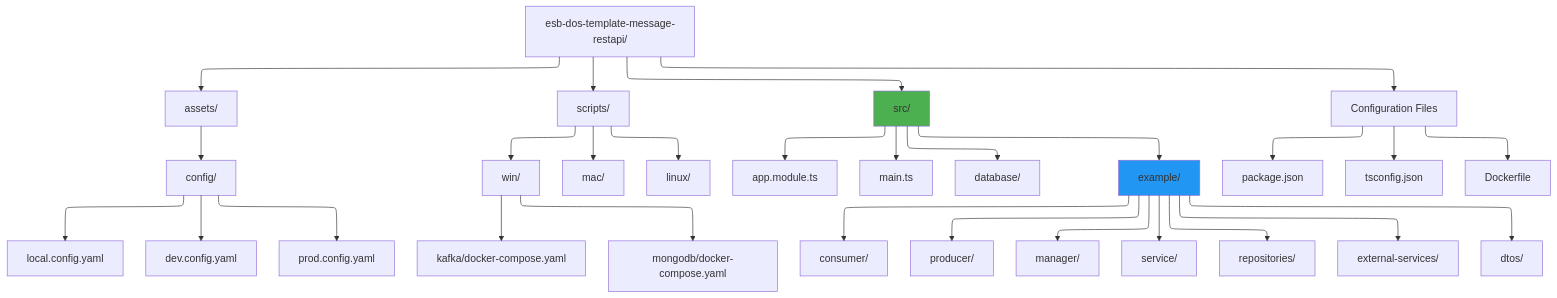
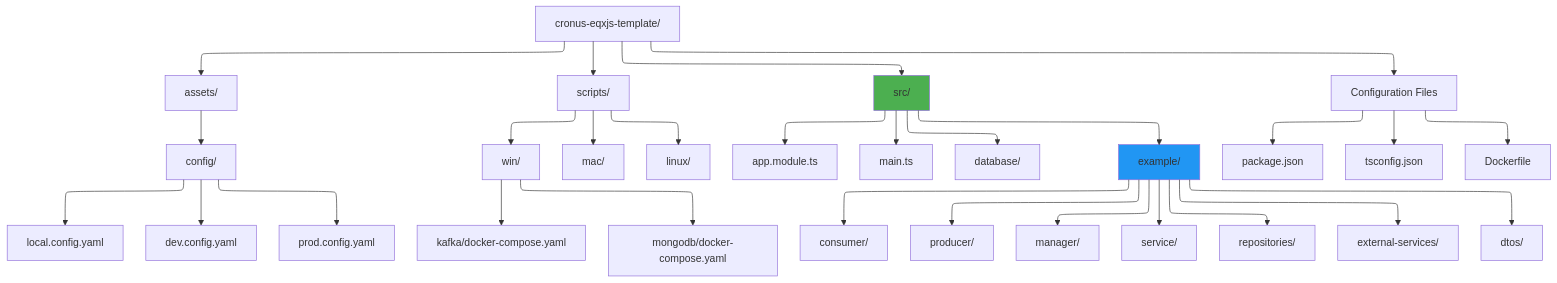
One commit to aretit2533/cronus-course-document changed the first of 3 diagrams in eqxjs-template/module-02-getting-started.md. Above: the diagram before and after it, drawn with Mermaid. The commit also changed other lines of this file and 1 other file, not shown here.

````diff
--- a/eqxjs-template/module-02-getting-started.md
+++ b/eqxjs-template/module-02-getting-started.md
@@ -168,18 +169,18 @@
 ```mermaid
 ---
 config:
   layout: elk
 ---
 flowchart TB
-    ROOT["esb-dos-template-message-restapi/"] --> ASSETS["assets/"] & SCRIPTS["scripts/"] & SRC["src/"] & CONFIG["Configuration Files"]
+    ROOT["cronus-eqxjs-template/"] --> ASSETS["assets/"] & SCRIPTS["scripts/"] & SRC["src/"] & CONFIG["Configuration Files"]
     ASSETS --> ASCONFIG["config/"]
     ASCONFIG --> LOCAL["local.config.yaml"] & DEV["dev.config.yaml"] & PROD["prod.config.yaml"]
     SCRIPTS --> WIN["win/"] & MAC["mac/"] & LINUX["linux/"]
     WIN --> KAFKA_WIN["kafka/docker-compose.yaml"] & MONGO_WIN["mongodb/docker-compose.yaml"]
     SRC --> APP["app.module.ts"] & MAIN["main.ts"] & DATABASE["database/"] & EXAMPLE["example/"]
     EXAMPLE --> CONSUMER["consumer/"] & PRODUCER["producer/"] & MANAGER["manager/"] & SERVICE["service/"] & REPO["repositories/"] & EXTERNAL["external-services/"] & DTOS["dtos/"]
     CONFIG --> PKG["package.json"] & TS["tsconfig.json"] & DOCKER["Dockerfile"]
 
     style SRC fill:#4CAF50
     style EXAMPLE fill:#2196F3
 ```
````
